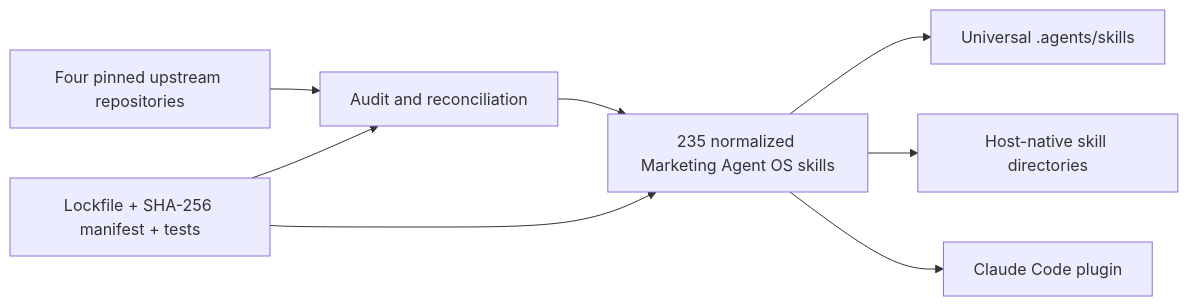
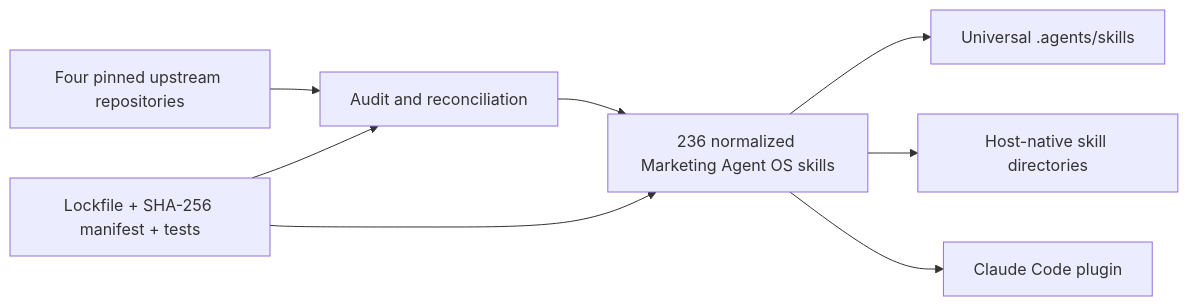
One commit to iamwaqargulzar/Marketing-Agent-OS changed the diagram in README.md. Above: the diagram before and after it, drawn with Mermaid. The commit also changed other lines of this file and 108 other files, not shown here.

````diff
--- a/README.md
+++ b/README.md
@@ -135,10 +135,10 @@
 ```mermaid
 flowchart LR
     A["Four pinned upstream repositories"] --> B["Audit and reconciliation"]
-    B --> C["235 normalized Marketing Agent OS skills"]
+    B --> C["236 normalized Marketing Agent OS skills"]
     C --> D["Universal .agents/skills"]
     C --> E["Host-native skill directories"]
     C --> F["Claude Code plugin"]
     G["Lockfile + SHA-256 manifest + tests"] --> B
     G --> C
 ```
````
